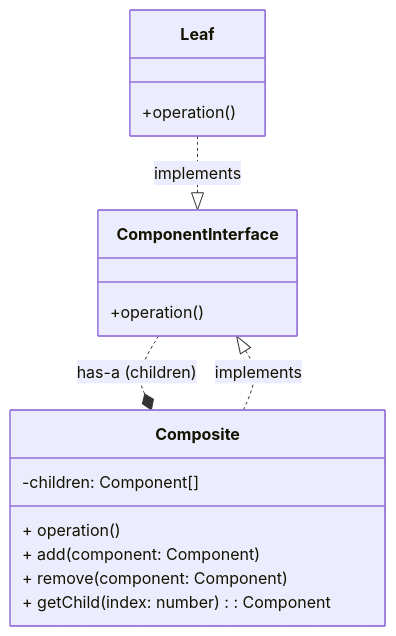
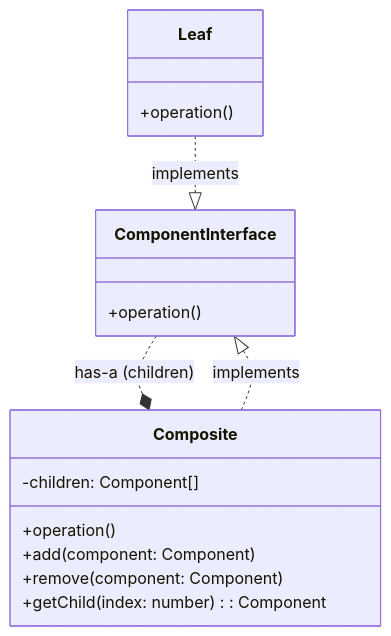
The eighth of 23 diagrams in docs/education/03-design-patterns/05-gof.mdx (EliFuzz/tech-labs), drawn with Mermaid before and after one commit. The commit also changed other lines of this file and 2 other files, not shown here.

````diff
--- a/docs/education/03-design-patterns/05-gof.mdx
+++ b/docs/education/03-design-patterns/05-gof.mdx
@@ -250,21 +285,21 @@
           ```mermaid
           classDiagram
           direction TB
           class ComponentInterface {
           +operation()
         }
           class Leaf {
           +operation()
         }
           class Composite {
           -children: Component[]
-          + operation()
-          + add(component: Component)
-          + remove(component: Component)
-          + getChild(index: number): Component
+          +operation()
+          +add(component: Component)
+          +remove(component: Component)
+          +getChild(index: number): Component
         }
 
           Leaf ..|> ComponentInterface : implements
           Composite ..|> ComponentInterface : implements
           ComponentInterface ..* Composite : has-a (children)
           ```
````
